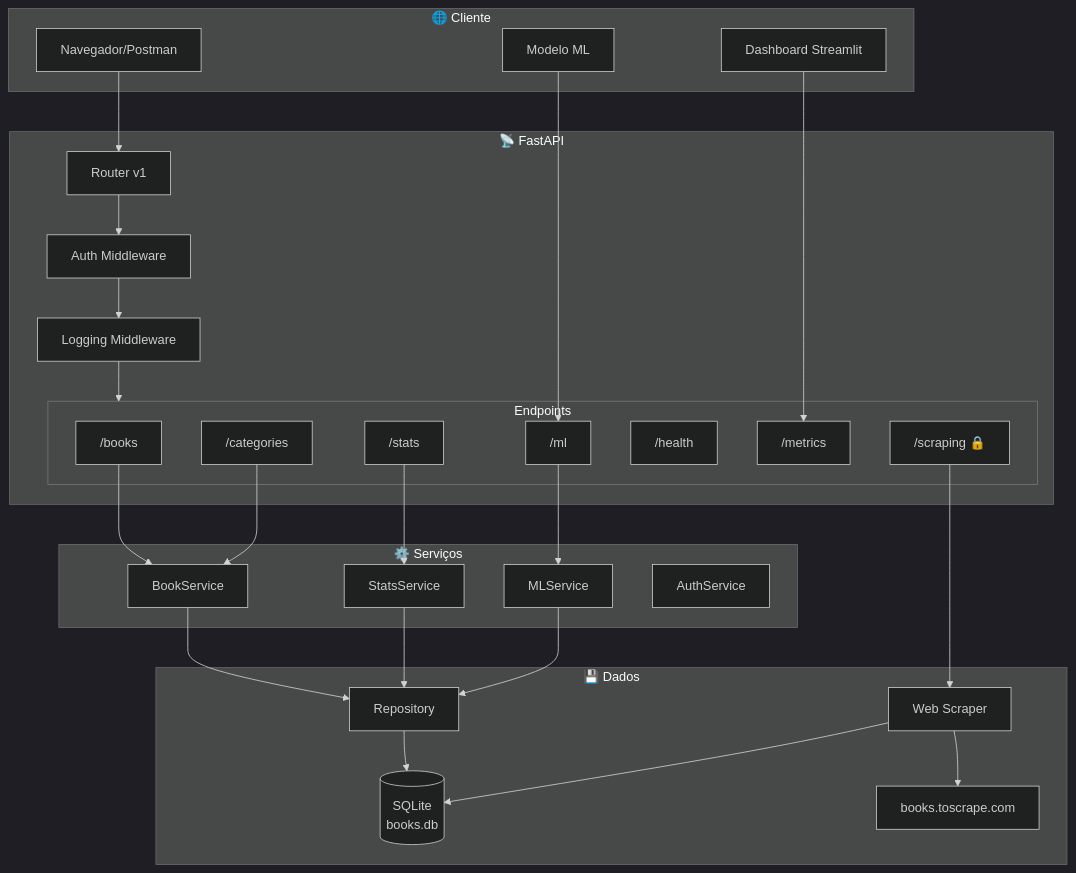
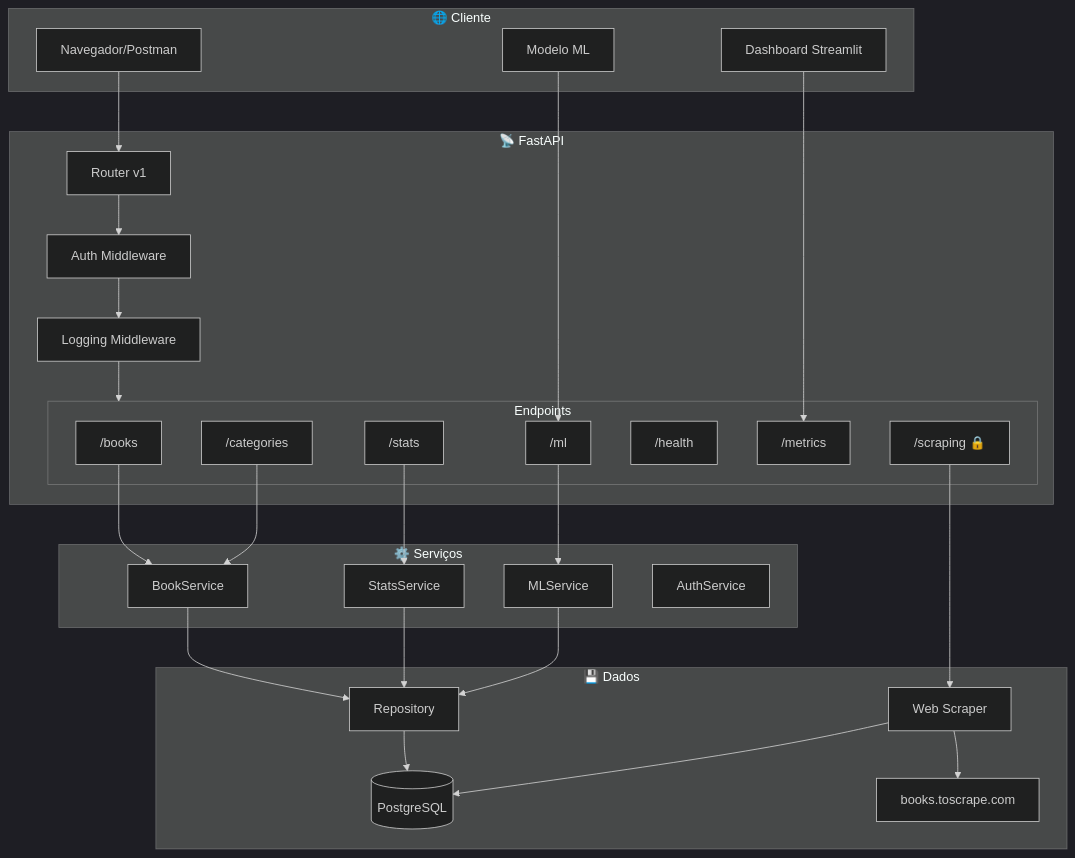
Before and after one commit to julianomont/8MLET-F1: the first of 2 diagrams in README.md, drawn with Mermaid (dark theme). The commit also changed other lines of this file and 4 other files, not shown here.

Commit message:
feat: Migrate to PostgreSQL, add GCP Cloud Run deployment instructions, and update the default JWT secret key.

````diff
--- a/README.md
+++ b/README.md
@@ -74,60 +74,60 @@
 ```mermaid
 flowchart TB
     subgraph Cliente["🌐 Cliente"]
         Browser["Navegador/Postman"]
         ML["Modelo ML"]
         Dashboard["Dashboard Streamlit"]
     end
 
     subgraph API["📡 FastAPI"]
         Router["Router v1"]
         Auth["Auth Middleware"]
         Logging["Logging Middleware"]
         
         subgraph Endpoints["Endpoints"]
             Books["/books"]
             Categories["/categories"]
             Stats["/stats"]
             MLEndpoint["/ml"]
             Health["/health"]
             Metrics["/metrics"]
             Scraping["/scraping 🔒"]
         end
     end
 
     subgraph Services["⚙️ Serviços"]
         BookService["BookService"]
         StatsService["StatsService"]
         MLService["MLService"]
         AuthService["AuthService"]
     end
 
     subgraph Data["💾 Dados"]
         Repository["Repository"]
-        SQLite[("SQLite\nbooks.db")]
+        PG[("PostgreSQL")]
         Scraper["Web Scraper"]
         Site["books.toscrape.com"]
     end
 
     Browser --> Router
     ML --> MLEndpoint
     Dashboard --> Metrics
 
     Router --> Auth
     Auth --> Logging
     Logging --> Endpoints
 
     Books --> BookService
     Categories --> BookService
     Stats --> StatsService
     MLEndpoint --> MLService
     Scraping --> Scraper
 
     BookService --> Repository
     StatsService --> Repository
     MLService --> Repository
 
-    Repository --> SQLite
+    Repository --> PG
     Scraper --> Site
-    Scraper --> SQLite
+    Scraper --> PG
 ```
````
